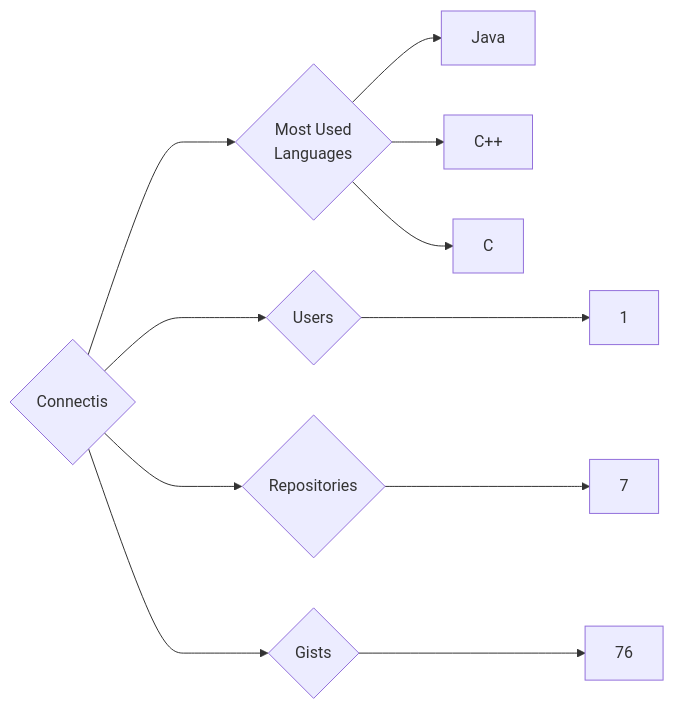
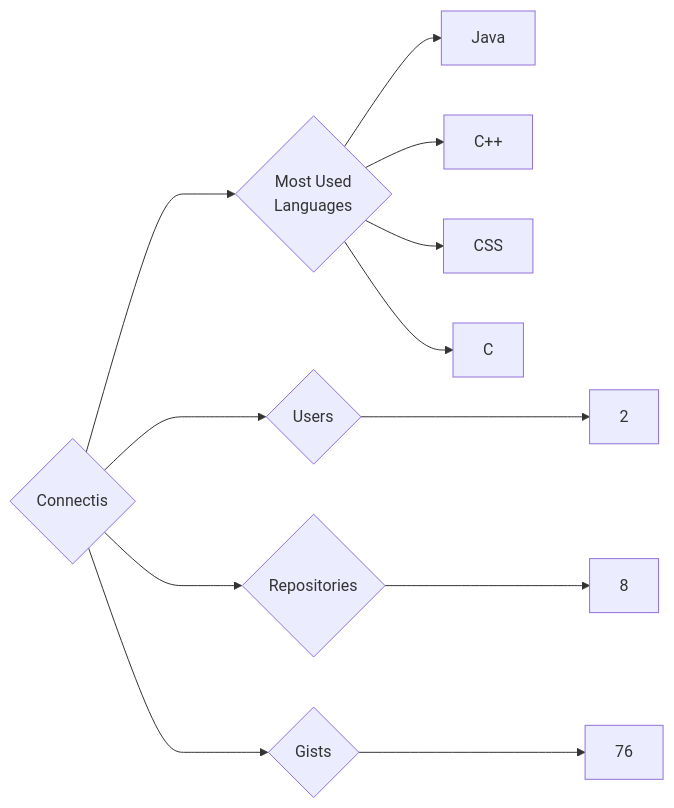
The diagram in targets/Connectis/README.md (trickest/insiders), drawn with Mermaid before and after one commit. The commit also changed 840 other files, not shown here.

````diff
--- a/targets/Connectis/README.md
+++ b/targets/Connectis/README.md
@@ -3,11 +3,12 @@
 ```mermaid
 graph LR
 COMPANY_NAME{Connectis}
-COMPANY_NAME ---> U{Users} ---> UN[1]
-COMPANY_NAME ---> R{Repositories} ---> RN[7]
+COMPANY_NAME ---> U{Users} ---> UN[2]
+COMPANY_NAME ---> R{Repositories} ---> RN[8]
 COMPANY_NAME ---> G{Gists} ---> GN[76]
 COMPANY_NAME ---> ML{Most Used<br>Languages}
 ML --> Java[Java]
 ML --> C++[C++]
+ML --> CSS[CSS]
 ML --> C[C]
 ```
````
